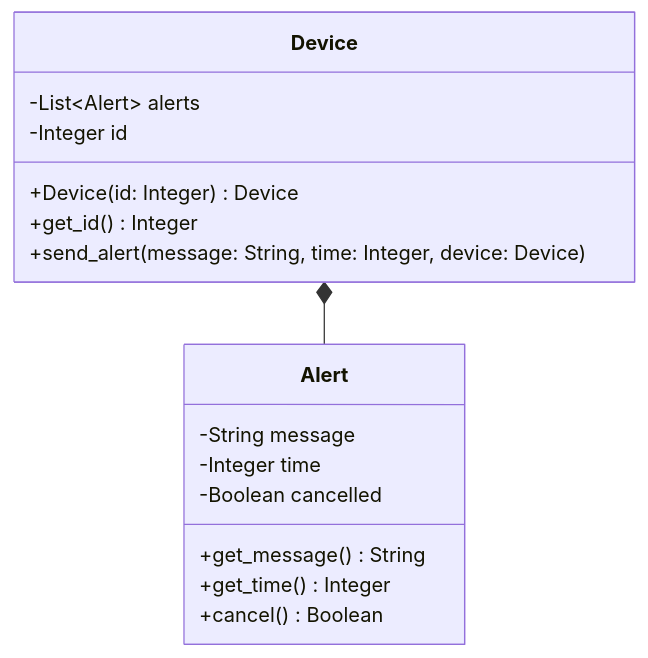
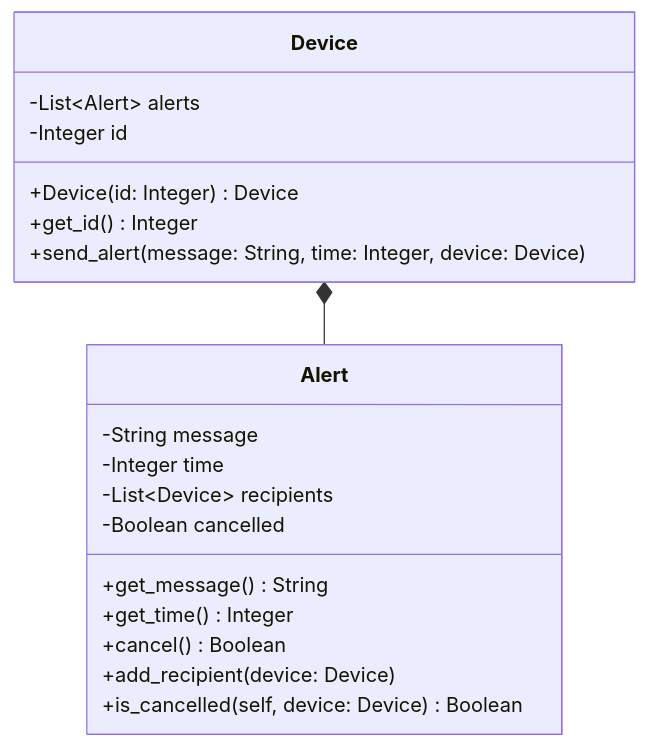
One commit to vuhp2-hub/ics33-p1 changed the first of 2 diagrams in README.org. Above: the diagram before and after it, drawn with Mermaid. The commit also changed 1 other file, not shown here.

Commit message:
add: more specification

```diff
--- a/README.org
+++ b/README.org
@@ -13,19 +13,22 @@
 #+BEGIN_SRC mermaid :file uml-diagrams/simulation-uml.png
 classDiagram
 class Device {
     -List~Alert~ alerts
     -Integer id
     +Device(id: Integer) Device
     +get_id() Integer
     +send_alert(message: String, time: Integer, device: Device)
 }
 class Alert {
     -String message
     -Integer time
+    -List~Device~ recipients
     -Boolean cancelled
     +get_message() String
     +get_time() Integer
     +cancel() Boolean
+    +add_recipient(device: Device)
+    +is_cancelled(self, device: Device) Boolean
 }
 Device *-- Alert
 #+END_SRC
```
